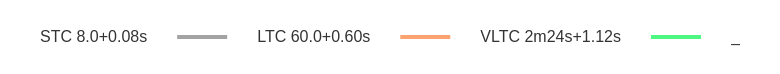
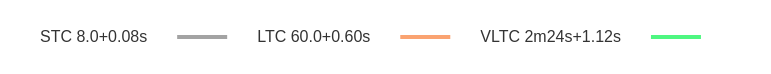
One commit to computer-chess-index/cci changed the second of 3 diagrams in engines/Kreveta.md. Above: the diagram before and after it, drawn with Mermaid. The commit also changed other lines of this file, not shown here.

Commit message:
Update CCI Ratings (ELO VLTC) - 2026-05-17

````diff
--- a/engines/Kreveta.md
+++ b/engines/Kreveta.md
@@ -54,14 +54,14 @@
 ```mermaid
 %%{init: {"theme":"base"}}%%
 flowchart LR
 A[STC 8.0+0.08s] --- B[LTC 60.0+0.60s]
 B --- C[VLTC 2m24s+1.12s]
-C --- D[_]
+C --- D[ ]
 linkStyle 0 stroke:#a3a3a3,stroke-width:4px
 linkStyle 1 stroke:#faa371,stroke-width:4px
 linkStyle 2 stroke:#4ef781,stroke-width:4px
 style A fill:none,stroke:none
 style B fill:none,stroke:none
 style C fill:none,stroke:none
 style D fill:none,stroke:none
 ```
````
